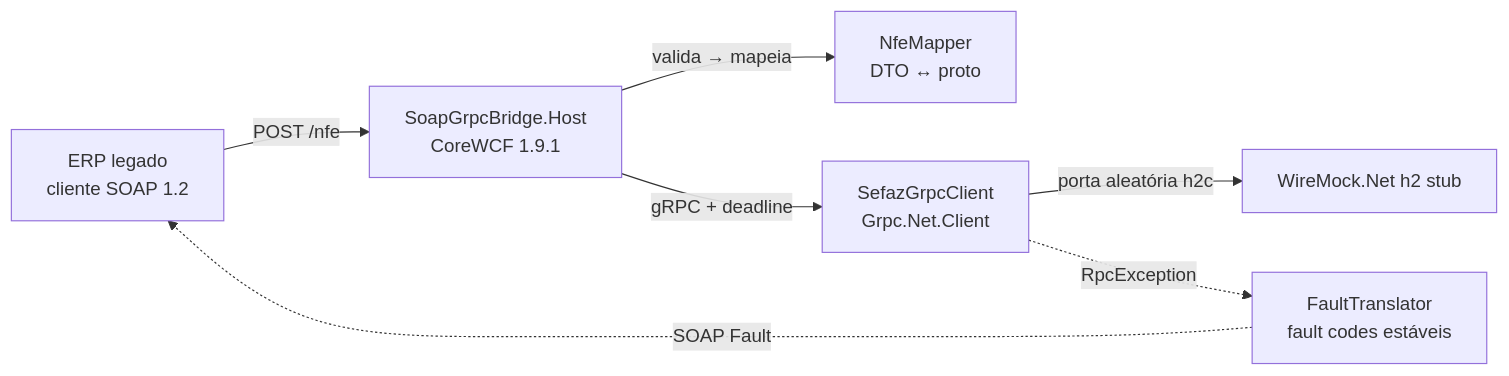
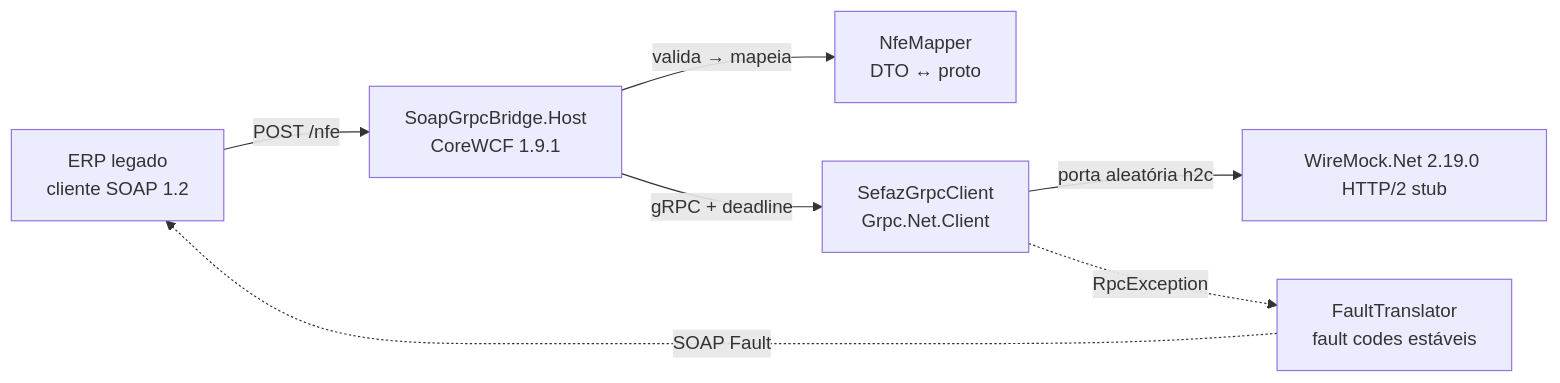
One commit to TiagoR85/soap-grpc-bridge changed the diagram in README.md. Above: the diagram before and after it, drawn with Mermaid. The commit also changed other lines of this file, not shown here.

Commit message:
docs: finalize EOF newlines and README terminology

````diff
--- a/README.md
+++ b/README.md
@@ -9,9 +9,9 @@
 ```mermaid
 graph LR
     erp[ERP legado<br/>cliente SOAP 1.2] -->|POST /nfe| host[SoapGrpcBridge.Host<br/>CoreWCF 1.9.1]
     host -->|valida → mapeia| mapper[NfeMapper<br/>DTO ↔ proto]
     host -->|gRPC + deadline| grpc[SefazGrpcClient<br/>Grpc.Net.Client]
-    grpc -->|porta aleatória h2c| stub[WireMock.Net h2 stub]
+    grpc -->|porta aleatória h2c| stub[WireMock.Net 2.19.0 HTTP/2 stub]
     grpc -.->|RpcException| faults[FaultTranslator<br/>fault codes estáveis]
     faults -.->|SOAP Fault| erp
 ```
````
